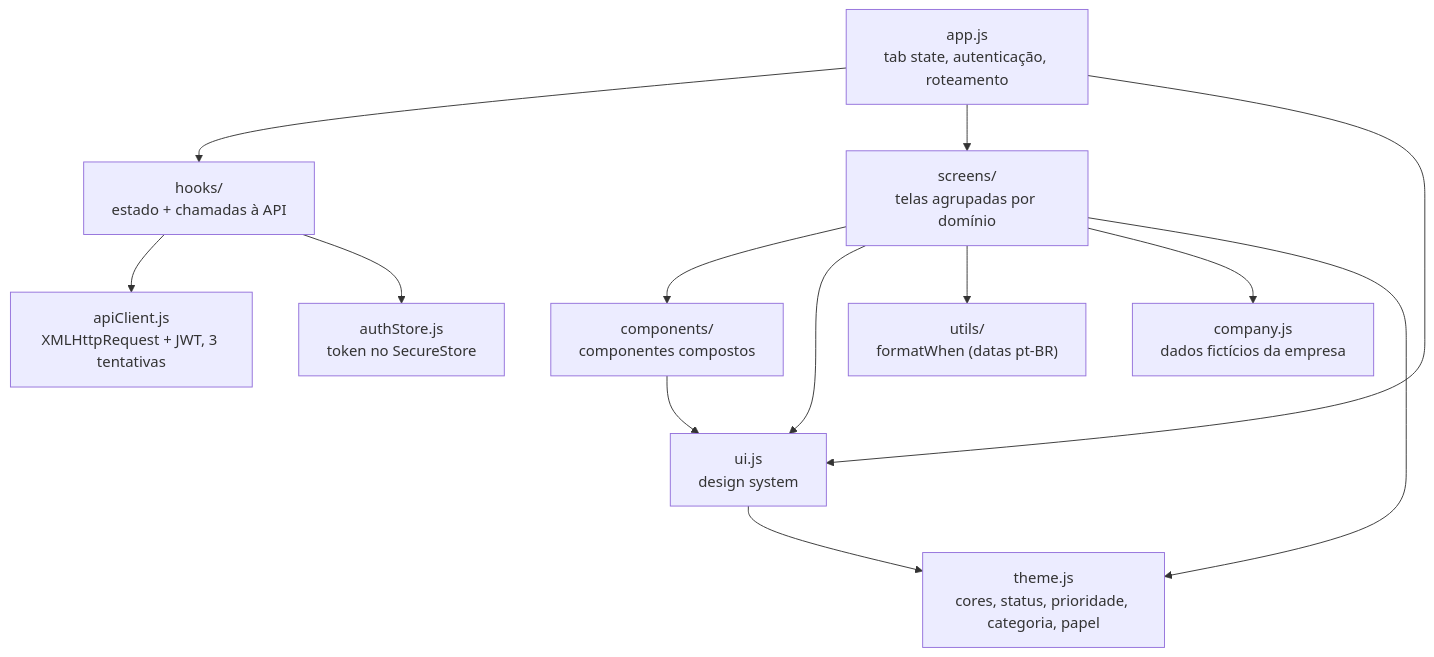
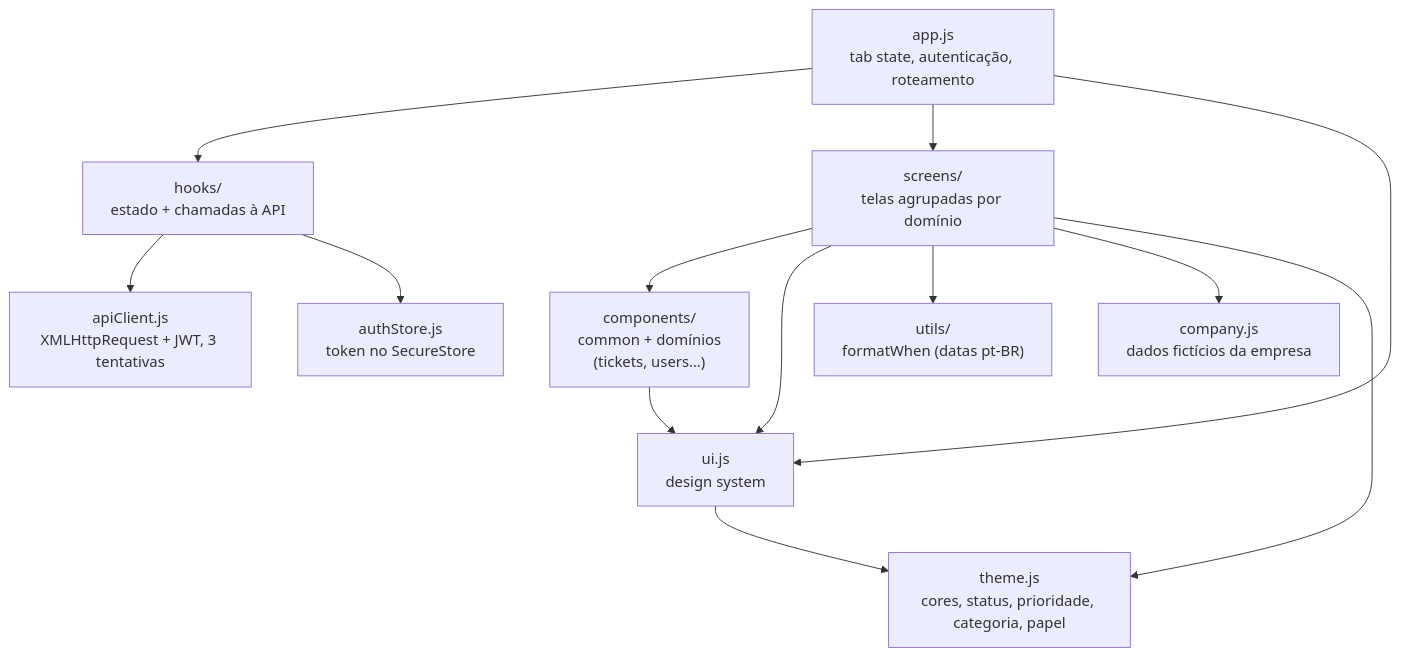
Before and after one commit to leonardosf98/aether-desk: the third of 6 diagrams in README.md, drawn with Mermaid. The commit also changed other lines of this file, not shown here.

Commit message:
docs: atualiza README com components por domínio e telas simplificadas.

````diff
--- a/README.md
+++ b/README.md
@@ -79,26 +84,26 @@
 ```mermaid
 flowchart TD
     app["app.js<br/>tab state, autenticação, roteamento"]
     hooks["hooks/<br/>estado + chamadas à API"]
     screens["screens/<br/>telas agrupadas por domínio"]
-    components["components/<br/>componentes compostos"]
+    components["components/<br/>common + domínios<br/>(tickets, users…)"]
     ui["ui.js<br/>design system"]
     theme["theme.js<br/>cores, status, prioridade, categoria, papel"]
     utils["utils/<br/>formatWhen (datas pt-BR)"]
     api["apiClient.js<br/>XMLHttpRequest + JWT, 3 tentativas"]
     store["authStore.js<br/>token no SecureStore"]
     company["company.js<br/>dados fictícios da empresa"]
 
     app --> hooks
     app --> screens
     app --> ui
     hooks --> api
     hooks --> store
     screens --> components
     screens --> ui
     screens --> utils
     screens --> company
     components --> ui
     ui --> theme
     screens --> theme
 ```
````
